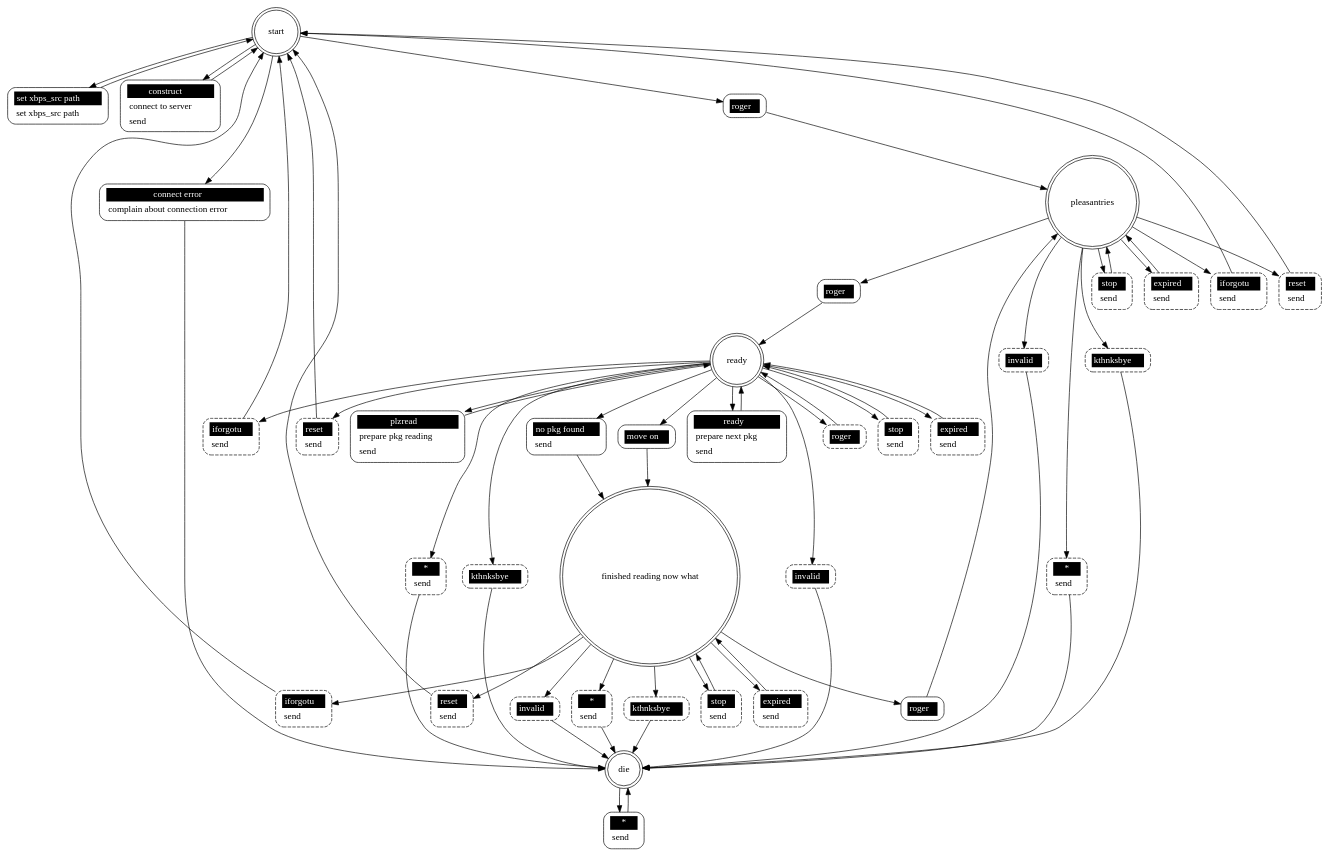
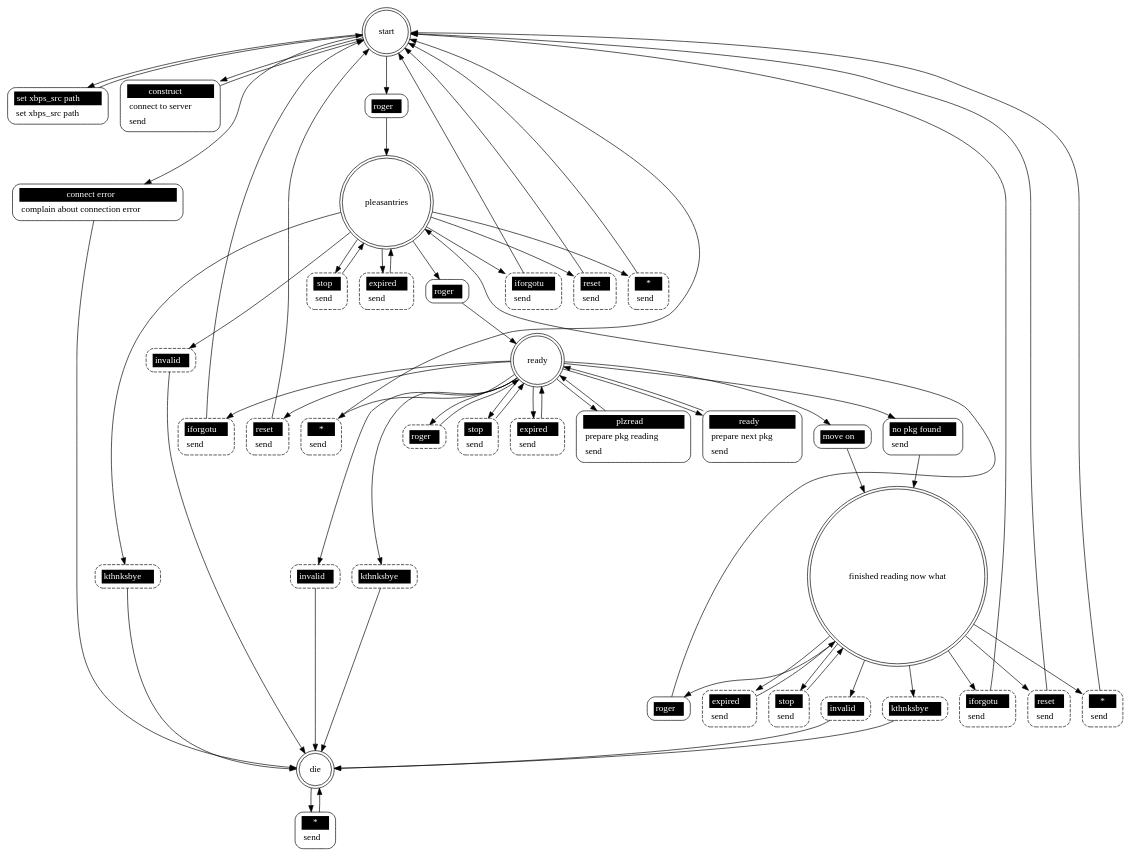
Before and after one commit to Vaelatern/dxpb: the diagram in src/pkgimport_client.dot, drawn with Graphviz. The commit also changed 8 other files, not shown here.

```diff
--- a/src/pkgimport_client.dot
+++ b/src/pkgimport_client.dot
@@ -1,112 +1,112 @@
 ## Automatically generated from pkgimport_client.xml by gsl
 digraph "pkgimport_client" {
 
  "start" [shape = "doublecircle"];
  "start set xbps_src path" [shape = "Mrecord" style = solid label = <<table border="0" cellborder="0" cellpadding="3" bgcolor="white"><tr><td bgcolor="black" align="center" colspan="2"><font color="white">set xbps_src path</font></td></tr><tr><td align="left" port="r3">set xbps_src path</td></tr></table>>];
  "start" -> "start set xbps_src path";
  "start set xbps_src path" -> "start";
  "start construct" [shape = "Mrecord" style = solid label = <<table border="0" cellborder="0" cellpadding="3" bgcolor="white"><tr><td bgcolor="black" align="center" colspan="2"><font color="white">construct</font></td></tr><tr><td align="left" port="r3">connect to server</td></tr><tr><td align="left" port="r3">send</td></tr></table>>];
  "start" -> "start construct";
  "start construct" -> "start";
  "start roger" [shape = "Mrecord" style = solid label = <<table border="0" cellborder="0" cellpadding="3" bgcolor="white"><tr><td bgcolor="black" align="center" colspan="2"><font color="white">roger</font></td></tr></table>>];
  "start" -> "start roger";
  "start roger" -> "pleasantries";
  "start connect error" [shape = "Mrecord" style = solid label = <<table border="0" cellborder="0" cellpadding="3" bgcolor="white"><tr><td bgcolor="black" align="center" colspan="2"><font color="white">connect error</font></td></tr><tr><td align="left" port="r3">complain about connection error</td></tr></table>>];
  "start" -> "start connect error";
  "start connect error" -> "die";
 
  "pleasantries" [shape = "doublecircle"];
  "pleasantries invalid" [shape = "Mrecord" style = dashed label = <<table border="0" cellborder="0" cellpadding="3" bgcolor="white"><tr><td bgcolor="black" align="center" colspan="2"><font color="white">invalid</font></td></tr></table>>];
  "pleasantries" -> "pleasantries invalid";
  "pleasantries invalid" -> "die";
  "pleasantries iforgotu" [shape = "Mrecord" style = dashed label = <<table border="0" cellborder="0" cellpadding="3" bgcolor="white"><tr><td bgcolor="black" align="center" colspan="2"><font color="white">iforgotu</font></td></tr><tr><td align="left" port="r3">send</td></tr></table>>];
  "pleasantries" -> "pleasantries iforgotu";
  "pleasantries iforgotu" -> "start";
  "pleasantries reset" [shape = "Mrecord" style = dashed label = <<table border="0" cellborder="0" cellpadding="3" bgcolor="white"><tr><td bgcolor="black" align="center" colspan="2"><font color="white">reset</font></td></tr><tr><td align="left" port="r3">send</td></tr></table>>];
  "pleasantries" -> "pleasantries reset";
  "pleasantries reset" -> "start";
  "pleasantries stop" [shape = "Mrecord" style = dashed label = <<table border="0" cellborder="0" cellpadding="3" bgcolor="white"><tr><td bgcolor="black" align="center" colspan="2"><font color="white">stop</font></td></tr><tr><td align="left" port="r3">send</td></tr></table>>];
  "pleasantries" -> "pleasantries stop";
  "pleasantries stop" -> "pleasantries";
  "pleasantries *" [shape = "Mrecord" style = dashed label = <<table border="0" cellborder="0" cellpadding="3" bgcolor="white"><tr><td bgcolor="black" align="center" colspan="2"><font color="white">*</font></td></tr><tr><td align="left" port="r3">send</td></tr></table>>];
  "pleasantries" -> "pleasantries *";
- "pleasantries *" -> "die";
+ "pleasantries *" -> "start";
  "pleasantries kthnksbye" [shape = "Mrecord" style = dashed label = <<table border="0" cellborder="0" cellpadding="3" bgcolor="white"><tr><td bgcolor="black" align="center" colspan="2"><font color="white">kthnksbye</font></td></tr></table>>];
  "pleasantries" -> "pleasantries kthnksbye";
  "pleasantries kthnksbye" -> "die";
  "pleasantries expired" [shape = "Mrecord" style = dashed label = <<table border="0" cellborder="0" cellpadding="3" bgcolor="white"><tr><td bgcolor="black" align="center" colspan="2"><font color="white">expired</font></td></tr><tr><td align="left" port="r3">send</td></tr></table>>];
  "pleasantries" -> "pleasantries expired";
  "pleasantries expired" -> "pleasantries";
  "pleasantries roger" [shape = "Mrecord" style = solid label = <<table border="0" cellborder="0" cellpadding="3" bgcolor="white"><tr><td bgcolor="black" align="center" colspan="2"><font color="white">roger</font></td></tr></table>>];
  "pleasantries" -> "pleasantries roger";
  "pleasantries roger" -> "ready";
 
  "ready" [shape = "doublecircle"];
  "ready invalid" [shape = "Mrecord" style = dashed label = <<table border="0" cellborder="0" cellpadding="3" bgcolor="white"><tr><td bgcolor="black" align="center" colspan="2"><font color="white">invalid</font></td></tr></table>>];
  "ready" -> "ready invalid";
  "ready invalid" -> "die";
  "ready iforgotu" [shape = "Mrecord" style = dashed label = <<table border="0" cellborder="0" cellpadding="3" bgcolor="white"><tr><td bgcolor="black" align="center" colspan="2"><font color="white">iforgotu</font></td></tr><tr><td align="left" port="r3">send</td></tr></table>>];
  "ready" -> "ready iforgotu";
  "ready iforgotu" -> "start";
  "ready roger" [shape = "Mrecord" style = dashed label = <<table border="0" cellborder="0" cellpadding="3" bgcolor="white"><tr><td bgcolor="black" align="center" colspan="2"><font color="white">roger</font></td></tr></table>>];
  "ready" -> "ready roger";
  "ready roger" -> "ready";
  "ready reset" [shape = "Mrecord" style = dashed label = <<table border="0" cellborder="0" cellpadding="3" bgcolor="white"><tr><td bgcolor="black" align="center" colspan="2"><font color="white">reset</font></td></tr><tr><td align="left" port="r3">send</td></tr></table>>];
  "ready" -> "ready reset";
  "ready reset" -> "start";
  "ready stop" [shape = "Mrecord" style = dashed label = <<table border="0" cellborder="0" cellpadding="3" bgcolor="white"><tr><td bgcolor="black" align="center" colspan="2"><font color="white">stop</font></td></tr><tr><td align="left" port="r3">send</td></tr></table>>];
  "ready" -> "ready stop";
  "ready stop" -> "ready";
  "ready *" [shape = "Mrecord" style = dashed label = <<table border="0" cellborder="0" cellpadding="3" bgcolor="white"><tr><td bgcolor="black" align="center" colspan="2"><font color="white">*</font></td></tr><tr><td align="left" port="r3">send</td></tr></table>>];
  "ready" -> "ready *";
- "ready *" -> "die";
+ "ready *" -> "start";
  "ready kthnksbye" [shape = "Mrecord" style = dashed label = <<table border="0" cellborder="0" cellpadding="3" bgcolor="white"><tr><td bgcolor="black" align="center" colspan="2"><font color="white">kthnksbye</font></td></tr></table>>];
  "ready" -> "ready kthnksbye";
  "ready kthnksbye" -> "die";
  "ready expired" [shape = "Mrecord" style = dashed label = <<table border="0" cellborder="0" cellpadding="3" bgcolor="white"><tr><td bgcolor="black" align="center" colspan="2"><font color="white">expired</font></td></tr><tr><td align="left" port="r3">send</td></tr></table>>];
  "ready" -> "ready expired";
  "ready expired" -> "ready";
  "ready plzread" [shape = "Mrecord" style = solid label = <<table border="0" cellborder="0" cellpadding="3" bgcolor="white"><tr><td bgcolor="black" align="center" colspan="2"><font color="white">plzread</font></td></tr><tr><td align="left" port="r3">prepare pkg reading</td></tr><tr><td align="left" port="r3">send</td></tr></table>>];
  "ready" -> "ready plzread";
  "ready plzread" -> "ready";
  "ready ready" [shape = "Mrecord" style = solid label = <<table border="0" cellborder="0" cellpadding="3" bgcolor="white"><tr><td bgcolor="black" align="center" colspan="2"><font color="white">ready</font></td></tr><tr><td align="left" port="r3">prepare next pkg</td></tr><tr><td align="left" port="r3">send</td></tr></table>>];
  "ready" -> "ready ready";
  "ready ready" -> "ready";
  "ready no pkg found" [shape = "Mrecord" style = solid label = <<table border="0" cellborder="0" cellpadding="3" bgcolor="white"><tr><td bgcolor="black" align="center" colspan="2"><font color="white">no pkg found</font></td></tr><tr><td align="left" port="r3">send</td></tr></table>>];
  "ready" -> "ready no pkg found";
  "ready no pkg found" -> "finished reading now what";
  "ready move on" [shape = "Mrecord" style = solid label = <<table border="0" cellborder="0" cellpadding="3" bgcolor="white"><tr><td bgcolor="black" align="center" colspan="2"><font color="white">move on</font></td></tr></table>>];
  "ready" -> "ready move on";
  "ready move on" -> "finished reading now what";
 
  "finished reading now what" [shape = "doublecircle"];
  "finished reading now what invalid" [shape = "Mrecord" style = dashed label = <<table border="0" cellborder="0" cellpadding="3" bgcolor="white"><tr><td bgcolor="black" align="center" colspan="2"><font color="white">invalid</font></td></tr></table>>];
  "finished reading now what" -> "finished reading now what invalid";
  "finished reading now what invalid" -> "die";
  "finished reading now what iforgotu" [shape = "Mrecord" style = dashed label = <<table border="0" cellborder="0" cellpadding="3" bgcolor="white"><tr><td bgcolor="black" align="center" colspan="2"><font color="white">iforgotu</font></td></tr><tr><td align="left" port="r3">send</td></tr></table>>];
  "finished reading now what" -> "finished reading now what iforgotu";
  "finished reading now what iforgotu" -> "start";
  "finished reading now what reset" [shape = "Mrecord" style = dashed label = <<table border="0" cellborder="0" cellpadding="3" bgcolor="white"><tr><td bgcolor="black" align="center" colspan="2"><font color="white">reset</font></td></tr><tr><td align="left" port="r3">send</td></tr></table>>];
  "finished reading now what" -> "finished reading now what reset";
  "finished reading now what reset" -> "start";
  "finished reading now what stop" [shape = "Mrecord" style = dashed label = <<table border="0" cellborder="0" cellpadding="3" bgcolor="white"><tr><td bgcolor="black" align="center" colspan="2"><font color="white">stop</font></td></tr><tr><td align="left" port="r3">send</td></tr></table>>];
  "finished reading now what" -> "finished reading now what stop";
  "finished reading now what stop" -> "finished reading now what";
  "finished reading now what *" [shape = "Mrecord" style = dashed label = <<table border="0" cellborder="0" cellpadding="3" bgcolor="white"><tr><td bgcolor="black" align="center" colspan="2"><font color="white">*</font></td></tr><tr><td align="left" port="r3">send</td></tr></table>>];
  "finished reading now what" -> "finished reading now what *";
- "finished reading now what *" -> "die";
+ "finished reading now what *" -> "start";
  "finished reading now what kthnksbye" [shape = "Mrecord" style = dashed label = <<table border="0" cellborder="0" cellpadding="3" bgcolor="white"><tr><td bgcolor="black" align="center" colspan="2"><font color="white">kthnksbye</font></td></tr></table>>];
  "finished reading now what" -> "finished reading now what kthnksbye";
  "finished reading now what kthnksbye" -> "die";
  "finished reading now what expired" [shape = "Mrecord" style = dashed label = <<table border="0" cellborder="0" cellpadding="3" bgcolor="white"><tr><td bgcolor="black" align="center" colspan="2"><font color="white">expired</font></td></tr><tr><td align="left" port="r3">send</td></tr></table>>];
  "finished reading now what" -> "finished reading now what expired";
  "finished reading now what expired" -> "finished reading now what";
  "finished reading now what roger" [shape = "Mrecord" style = solid label = <<table border="0" cellborder="0" cellpadding="3" bgcolor="white"><tr><td bgcolor="black" align="center" colspan="2"><font color="white">roger</font></td></tr></table>>];
  "finished reading now what" -> "finished reading now what roger";
  "finished reading now what roger" -> "pleasantries";
 
  "die" [shape = "doublecircle"];
  "die *" [shape = "Mrecord" style = solid label = <<table border="0" cellborder="0" cellpadding="3" bgcolor="white"><tr><td bgcolor="black" align="center" colspan="2"><font color="white">*</font></td></tr><tr><td align="left" port="r3">send</td></tr></table>>];
  "die" -> "die *";
  "die *" -> "die";
 }
```
